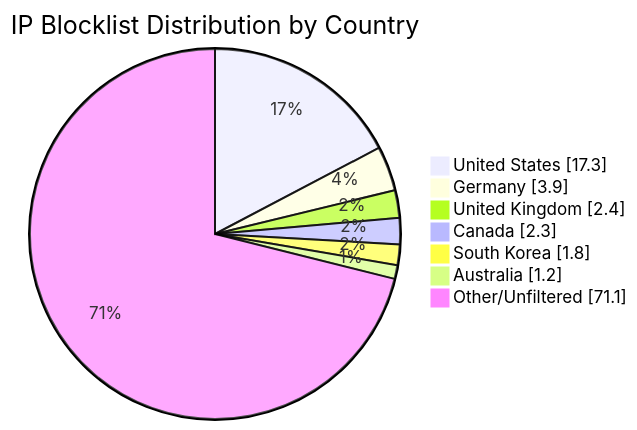
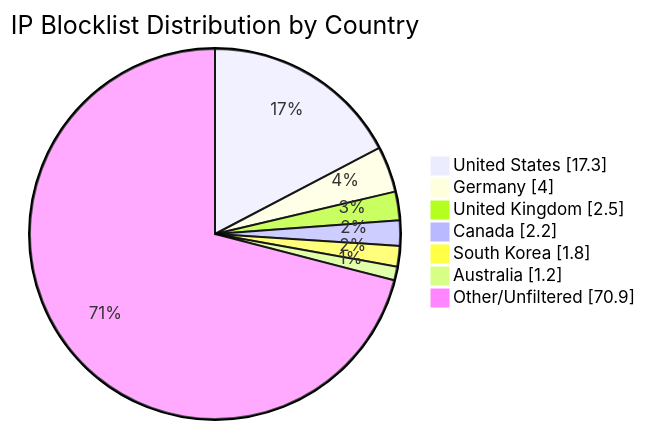
One commit to MarcusHoltz/ipblocklist-geofiltered-aggregator changed the diagram in README.md. Above: the diagram before and after it, drawn with Mermaid. The commit also changed other lines of this file and 9 other files, not shown here.

````diff
--- a/README.md
+++ b/README.md
@@ -34,10 +34,10 @@
 ```mermaid
 pie showData title IP Blocklist Distribution by Country
 "United States" : 17.3
-"Germany" : 3.9
-"United Kingdom" : 2.4
-"Canada" : 2.3
+"Germany" : 4.0
+"United Kingdom" : 2.5
+"Canada" : 2.2
 "South Korea" : 1.8
 "Australia" : 1.2
-"Other/Unfiltered" : 71.1
+"Other/Unfiltered" : 70.9
 ```
````
